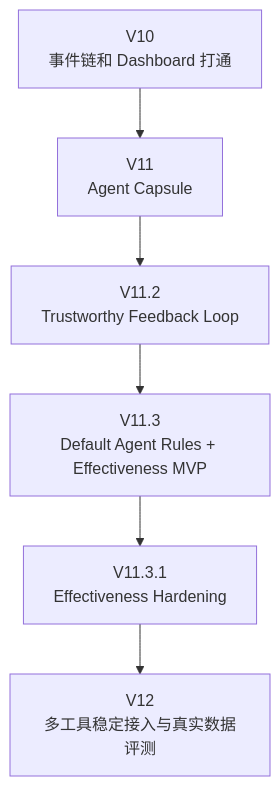
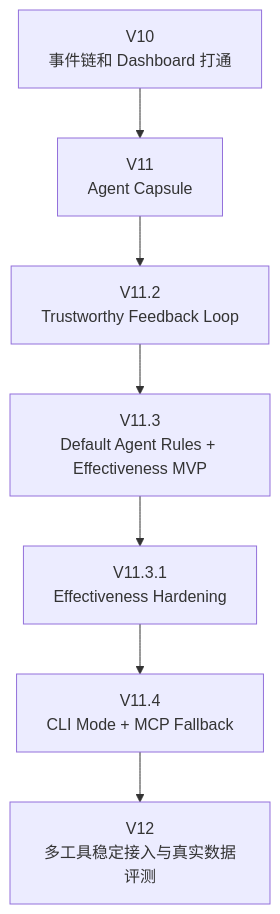
Before and after one commit to liuanye9-lab/OS-agent-slim: the seventh of 7 diagrams in README.md, drawn with Mermaid. The commit also changed other lines of this file and 10 other files, not shown here.

First line of the commit message:
V11.4: CLI Mode + MCP Fallback — 双入口架构

````diff
--- a/README.md
+++ b/README.md
@@ -505,8 +589,9 @@
 ```mermaid
 flowchart TB
     V10[V10<br/>事件链和 Dashboard 打通] --> V11[V11<br/>Agent Capsule]
     V11 --> V112[V11.2<br/>Trustworthy Feedback Loop]
     V112 --> V113[V11.3<br/>Default Agent Rules + Effectiveness MVP]
     V113 --> V1131[V11.3.1<br/>Effectiveness Hardening]
-    V1131 --> V12[V12<br/>多工具稳定接入与真实数据评测]
+    V1131 --> V114[V11.4<br/>CLI Mode + MCP Fallback]
+    V114 --> V12[V12<br/>多工具稳定接入与真实数据评测]
 ```
````
